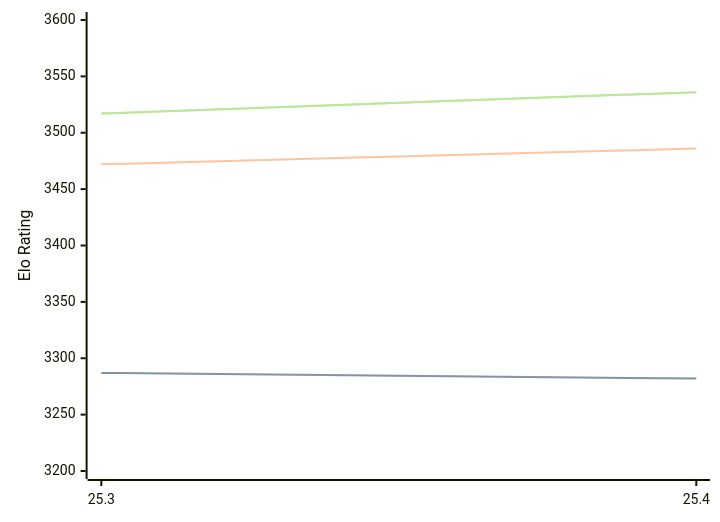
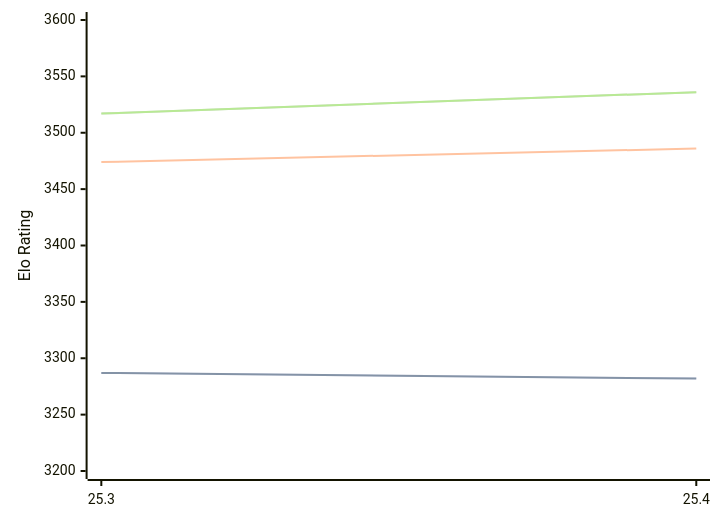
The diagram in engines/Arasan.md (computer-chess-index/cci), drawn with Mermaid before and after one commit. The commit also changed other lines of this file, not shown here.

````diff
--- a/engines/Arasan.md
+++ b/engines/Arasan.md
@@ -33,11 +33,11 @@
 ```mermaid
 %%{init: {"theme":"base","themeVariables":{"seriesColors:['#a3a3a3','#222221','#faa371']}}}%%
 xychart-beta
   x-axis ["25.3", "25.4"]
   y-axis "Elo Rating" 3200 --> 3600
   line "STC (8.0+0.08s)" [3287, 3282]
   line "STC (8.0+0.08s)" [3287, 3282]
-  line "LTC (60.0+0.60s)" [3472, 3486]
+  line "LTC (60.0+0.60s)" [3474, 3486]
   line "VLTC (2m24s+1.12s)" [3517, 3536]
   line "VLTC (2m24s+1.12s)" [3517, 3536]
 ```
````
